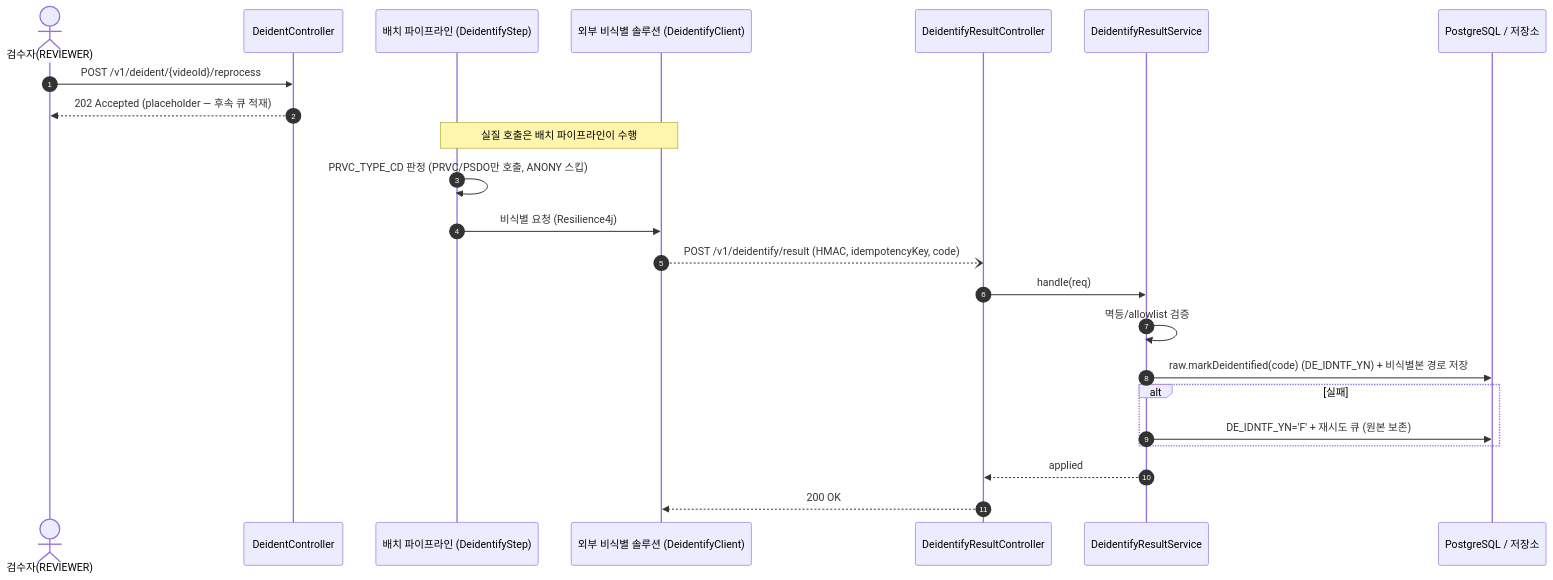
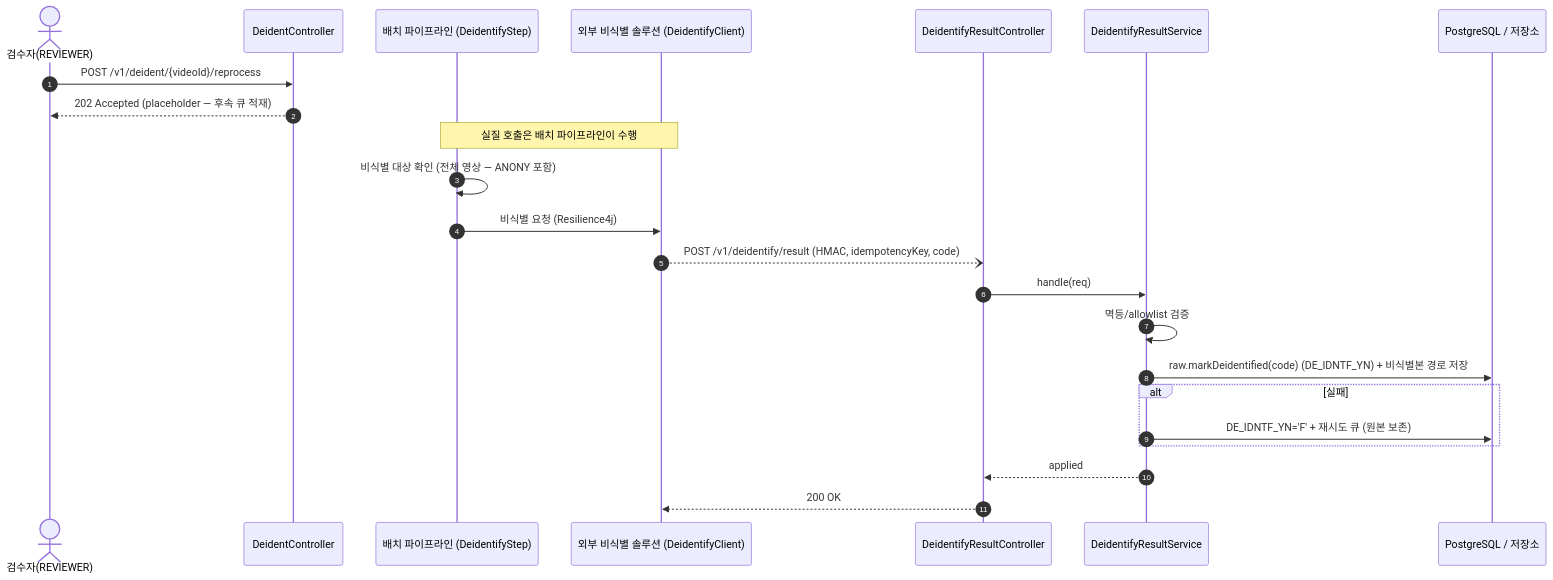
One commit to New-stella/klid-label changed diagram 11 of 26 in docs/design/D1-클래스설계서.md. Above: the diagram before and after it, drawn with Mermaid. The commit also changed other lines of this file and 3 other files, not shown here.

````diff
--- a/docs/design/D1-클래스설계서.md
+++ b/docs/design/D1-클래스설계서.md
@@ -611,26 +612,26 @@
 ```mermaid
 sequenceDiagram
     autonumber
     actor RV as 검수자(REVIEWER)
     participant DC as DeidentController
     participant BO as 배치 파이프라인 (DeidentifyStep)
     participant DE as 외부 비식별 솔루션 (DeidentifyClient)
     participant DRC as DeidentifyResultController
     participant DRS as DeidentifyResultService
     participant DB as PostgreSQL / 저장소
 
     RV->>DC: POST /v1/deident/{videoId}/reprocess
     DC-->>RV: 202 Accepted (placeholder — 후속 큐 적재)
     Note over BO,DE: 실질 호출은 배치 파이프라인이 수행
-    BO->>BO: PRVC_TYPE_CD 판정 (PRVC/PSDO만 호출, ANONY 스킵)
+    BO->>BO: 비식별 대상 확인 (전체 영상 — ANONY 포함)
     BO->>DE: 비식별 요청 (Resilience4j)
     DE--)DRC: POST /v1/deidentify/result (HMAC, idempotencyKey, code)
     DRC->>DRS: handle(req)
     DRS->>DRS: 멱등/allowlist 검증
     DRS->>DB: raw.markDeidentified(code) (DE_IDNTF_YN) + 비식별본 경로 저장
     alt 실패
         DRS->>DB: DE_IDNTF_YN='F' + 재시도 큐 (원본 보존)
     end
     DRS-->>DRC: applied
     DRC-->>DE: 200 OK
 ```
````
